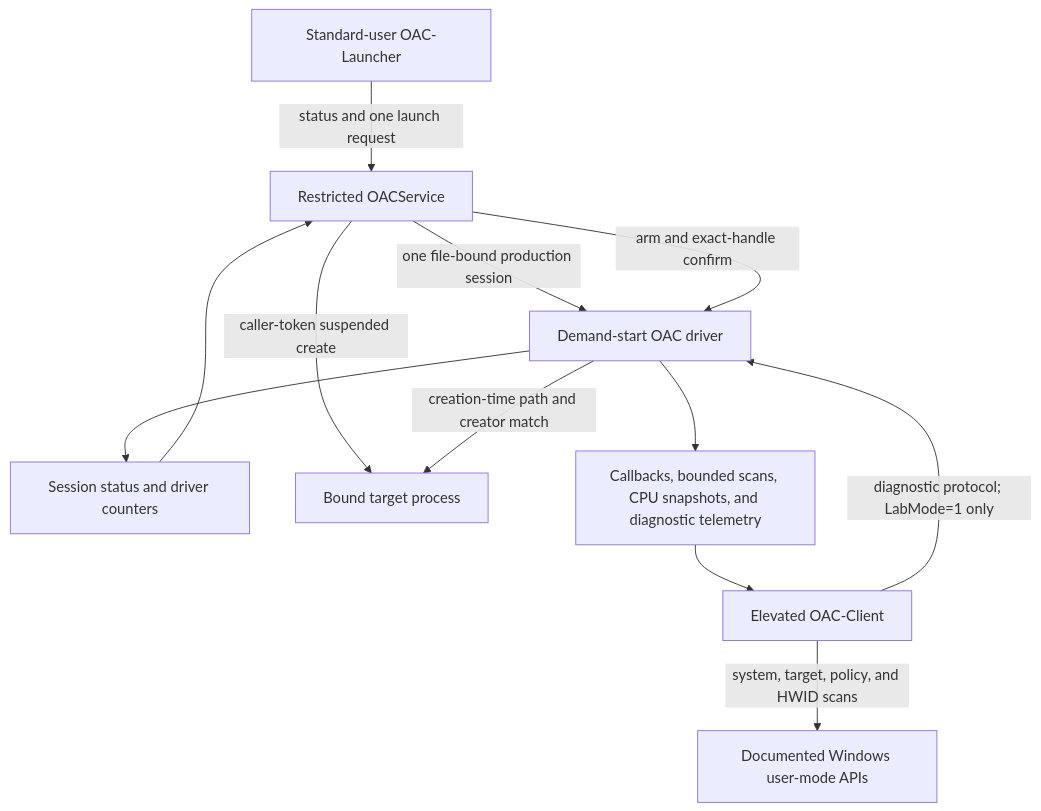
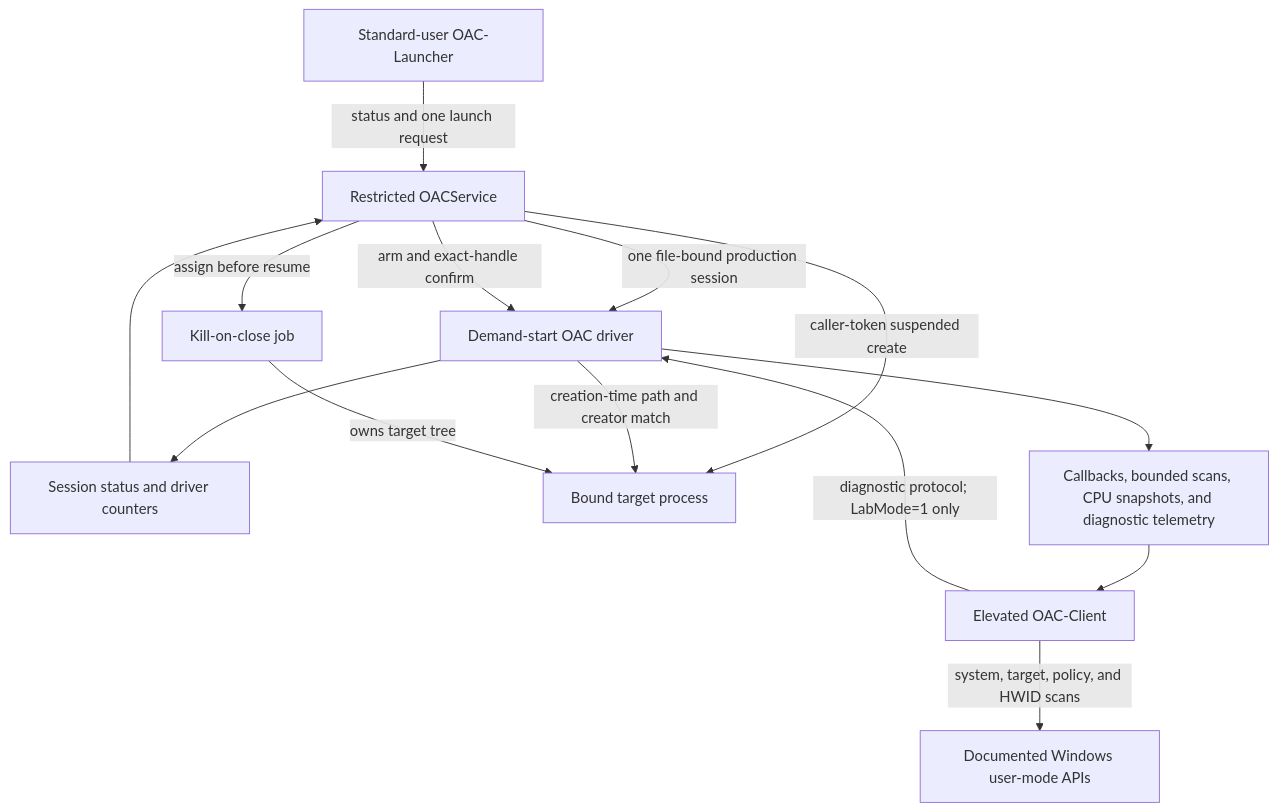
The diagram in docs/ARCHITECTURE.md (lauralex/OAC), drawn with Mermaid before and after one commit. The commit also changed other lines of this file and 23 other files, not shown here.

````diff
--- a/docs/ARCHITECTURE.md
+++ b/docs/ARCHITECTURE.md
@@ -10,15 +10,17 @@
 ```mermaid
 flowchart TD
     L["Standard-user OAC-Launcher"] -->|"status and one launch request"| S["Restricted OACService"]
     S -->|"one file-bound production session"| D["Demand-start OAC driver"]
     D --> C["Session status and driver counters"]
     C --> S
     S -->|"caller-token suspended create"| T["Bound target process"]
     S -->|"arm and exact-handle confirm"| D
     D -->|"creation-time path and creator match"| T
+    S -->|"assign before resume"| J["Kill-on-close job"]
+    J -->|"owns target tree"| T
 
     X["Elevated OAC-Client"] -->|"diagnostic protocol; LabMode=1 only"| D
     X -->|"system, target, policy, and HWID scans"| W["Documented Windows user-mode APIs"]
     D --> K["Callbacks, bounded scans, CPU snapshots, and diagnostic telemetry"]
     K --> X
 ```
````
